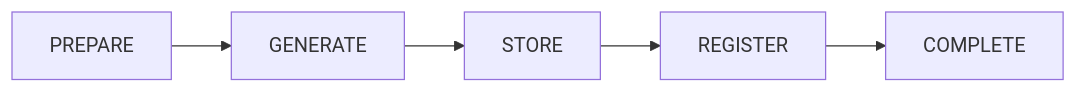
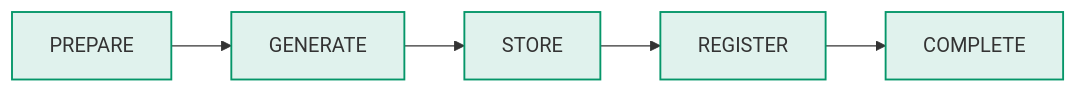
Before and after one commit to pinpols/file-batch-system: the third of 8 diagrams in docs/design/file-pipeline-design.md, drawn with Mermaid. The commit also changed other lines of this file and 34 other files, not shown here.

First line of the commit message:
docs(diagram): 完成 P3 Mermaid 图样式收口并补充制图规范 (#1390)

````diff
--- a/docs/design/file-pipeline-design.md
+++ b/docs/design/file-pipeline-design.md
@@ -494,8 +497,10 @@
 ```mermaid
 %%{init: {"flowchart":{"curve":"linear","nodeSpacing":32,"rankSpacing":48},"sequence":{"mirrorActors":false}}}%%
 flowchart LR
-  P[PREPARE] --> G[GENERATE]
-  G --> S[STORE]
-  S --> R[REGISTER]
-  R --> C[COMPLETE]
+  P[PREPARE]:::worker --> G[GENERATE]:::worker
+  G --> S[STORE]:::worker
+  S --> R[REGISTER]:::worker
+  R --> C[COMPLETE]:::worker
+
+  classDef worker fill:#0596691f,stroke:#059669,stroke-width:1.5px
 ```
````
